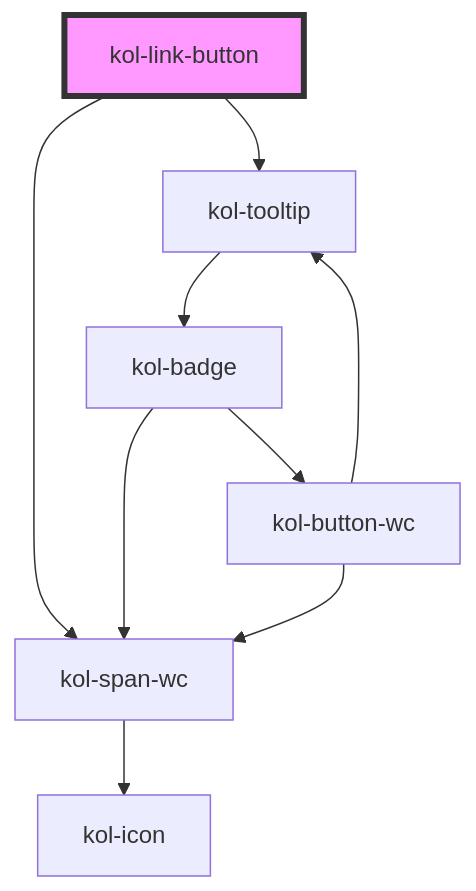
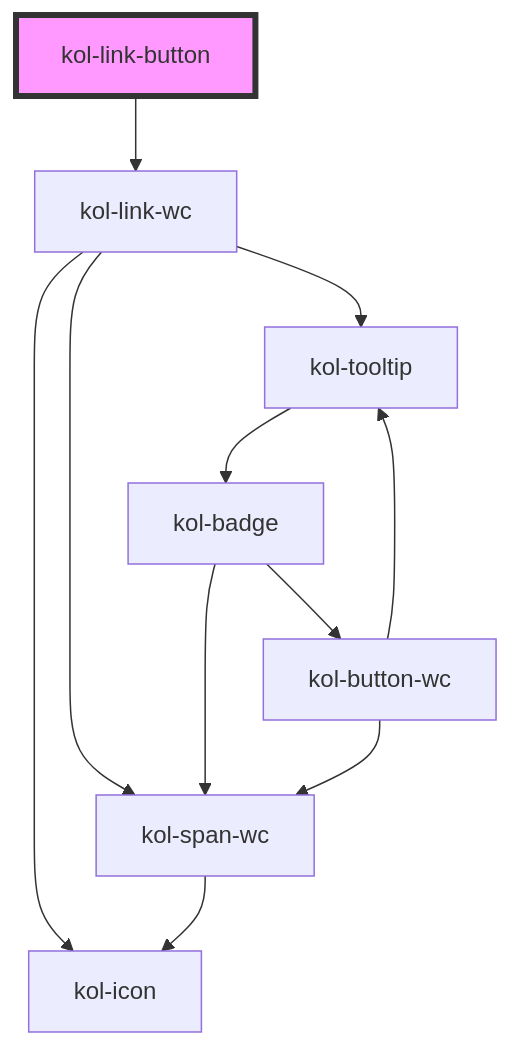
One commit to public-ui/kolibri changed the diagram in packages/library/src/components/link-button/readme.md. Above: the diagram before and after it, drawn with Mermaid. The commit also changed other lines of this file and 22 other files, not shown here.

Commit message:
fix: external links, refact link-button and button-link

````diff
--- a/packages/library/src/components/link-button/readme.md
+++ b/packages/library/src/components/link-button/readme.md
@@ -74,12 +71,14 @@
 ```mermaid
 graph TD;
-  kol-link-button --> kol-span-wc
-  kol-link-button --> kol-tooltip
+  kol-link-button --> kol-link-wc
+  kol-link-wc --> kol-span-wc
+  kol-link-wc --> kol-icon
+  kol-link-wc --> kol-tooltip
   kol-span-wc --> kol-icon
   kol-tooltip --> kol-badge
   kol-badge --> kol-span-wc
   kol-badge --> kol-button-wc
   kol-button-wc --> kol-span-wc
   kol-button-wc --> kol-tooltip
   style kol-link-button fill:#f9f,stroke:#333,stroke-width:4px
 ```
````
